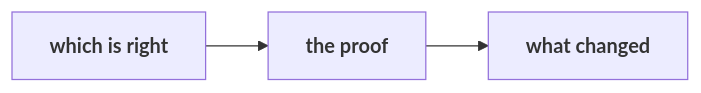
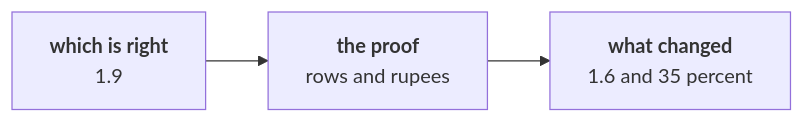
One commit to fde-academy-lab/c2-content-factory changed the eighth of 9 diagrams in content/W01/D3/slides/C2_W01_D03_half2_STUDENT.md. Above: the diagram before and after it, drawn with Mermaid. The commit also changed other lines of this file and 7 other files, not shown here.

````diff
--- a/content/W01/D3/slides/C2_W01_D03_half2_STUDENT.md
+++ b/content/W01/D3/slides/C2_W01_D03_half2_STUDENT.md
@@ -586,4 +588,4 @@
 ```mermaid
 flowchart LR
-    R["<b>which is right</b>"] --> P["<b>the proof</b>"] --> C["<b>what changed</b>"]
+    R["<b>which is right</b><br/>1.9"] --> P["<b>the proof</b><br/>rows and rupees"] --> C["<b>what changed</b><br/>1.6 and 35 percent"]
 ```
````
